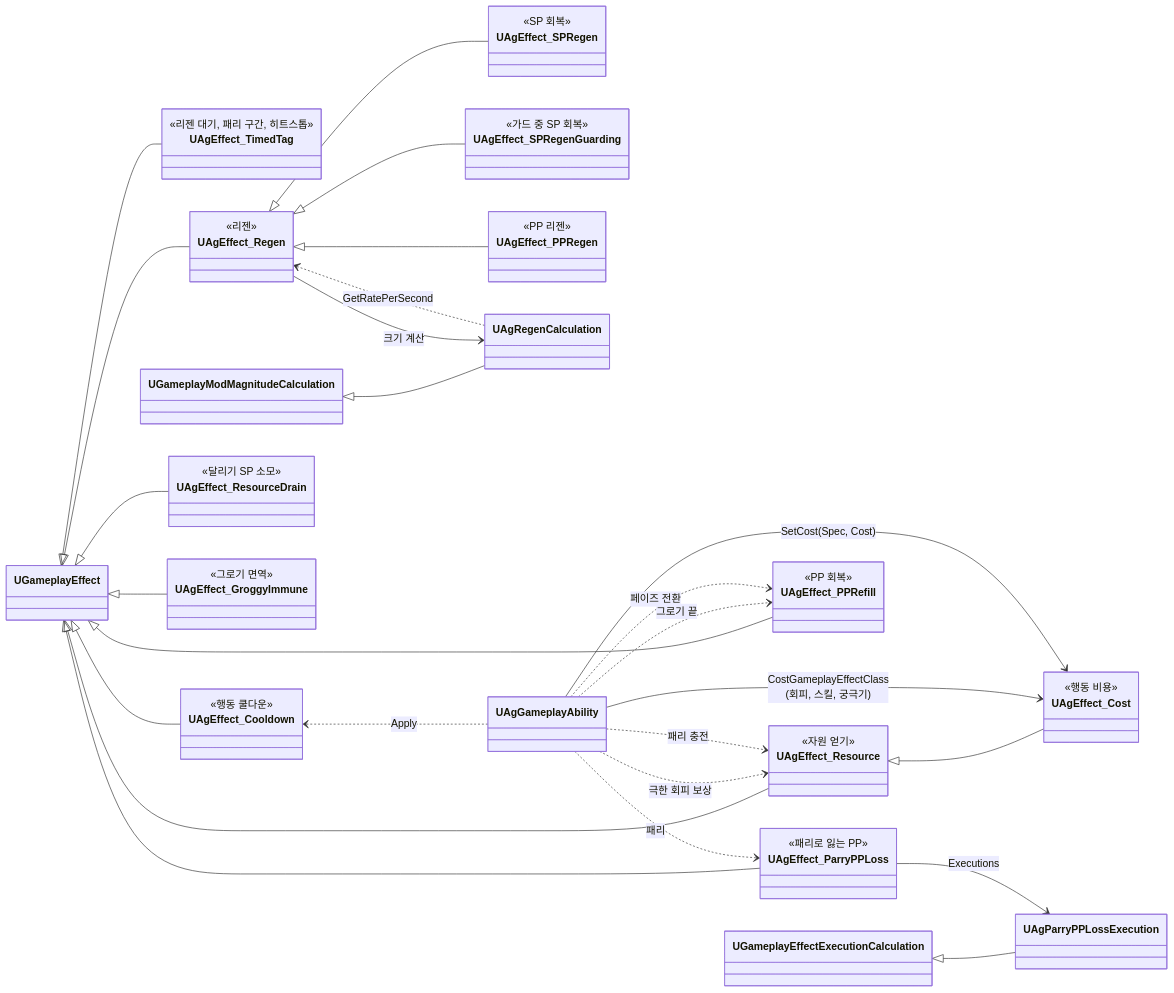
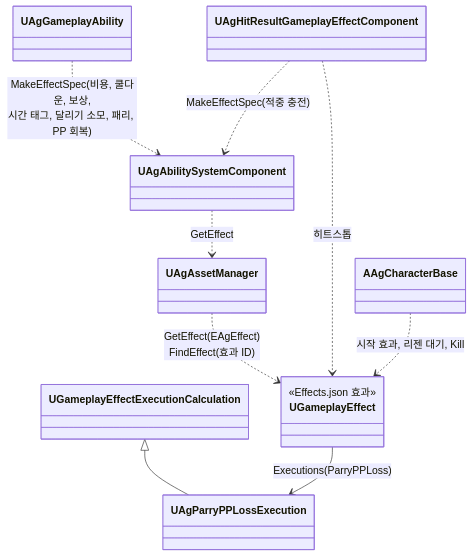
Before and after one commit to Woogl/Ag: the second of 2 diagrams in Docs/Program/캐릭터와 GAS.md, drawn with Mermaid. The commit also changed other lines of this file and 93 other files, not shown here.

````diff
--- a/Docs/Program/캐릭터와 GAS.md
+++ b/Docs/Program/캐릭터와 GAS.md
@@ -113,66 +104,15 @@
 ```mermaid
 classDiagram
-    direction LR
-    class UAgEffect_Resource {
-        <<자원 얻기>>
+    direction TB
+    class UGameplayEffect {
+        <<Effects.json 효과>>
     }
-    class UAgEffect_Cost {
-        <<행동 비용>>
-    }
-    class UAgEffect_PPRefill {
-        <<PP 회복>>
-    }
-    class UAgEffect_ParryPPLoss {
-        <<패리로 잃는 PP>>
-    }
-    class UAgEffect_TimedTag {
-        <<리젠 대기, 패리 구간, 히트스톱>>
-    }
-    class UAgEffect_Cooldown {
-        <<행동 쿨다운>>
-    }
-    class UAgEffect_Regen {
-        <<리젠>>
-    }
-    class UAgEffect_SPRegen {
-        <<SP 회복>>
-    }
-    class UAgEffect_SPRegenGuarding {
-        <<가드 중 SP 회복>>
-    }
-    class UAgEffect_PPRegen {
-        <<PP 리젠>>
-    }
-    class UAgEffect_ResourceDrain {
-        <<달리기 SP 소모>>
-    }
-    class UAgEffect_GroggyImmune {
-        <<그로기 면역>>
-    }
-    UGameplayEffect <|-- UAgEffect_Resource
-    UAgEffect_Resource <|-- UAgEffect_Cost
-    UGameplayEffect <|-- UAgEffect_PPRefill
-    UGameplayEffect <|-- UAgEffect_ParryPPLoss
+    UAgAssetManager ..> UGameplayEffect : GetEffect(EAgEffect)<br>FindEffect(효과 ID)
     UGameplayEffectExecutionCalculation <|-- UAgParryPPLossExecution
-    UAgEffect_ParryPPLoss --> UAgParryPPLossExecution : Executions
-    UGameplayEffect <|-- UAgEffect_TimedTag
-    UGameplayEffect <|-- UAgEffect_Cooldown
-    UGameplayEffect <|-- UAgEffect_Regen
-    UAgEffect_Regen <|-- UAgEffect_SPRegen
-    UAgEffect_Regen <|-- UAgEffect_SPRegenGuarding
-    UAgEffect_Regen <|-- UAgEffect_PPRegen
-    UGameplayEffect <|-- UAgEffect_ResourceDrain
-    UGameplayEffect <|-- UAgEffect_GroggyImmune
-    UGameplayModMagnitudeCalculation <|-- UAgRegenCalculation
-    UAgEffect_Regen --> UAgRegenCalculation : 크기 계산
-    UAgRegenCalculation ..> UAgEffect_Regen : GetRatePerSecond
-
-    UAgGameplayAbility --> UAgEffect_Cost : CostGameplayEffectClass<br>(회피, 스킬, 궁극기)
-    UAgGameplayAbility --> UAgEffect_Cost : SetCost(Spec, Cost)
-    UAgEffect_Cooldown <.. UAgGameplayAbility : Apply
-    UAgGameplayAbility ..> UAgEffect_Resource : 극한 회피 보상
-    UAgGameplayAbility ..> UAgEffect_Resource : 패리 충전
-    UAgGameplayAbility ..> UAgEffect_ParryPPLoss : 패리
-    UAgGameplayAbility ..> UAgEffect_PPRefill : 그로기 끝
-    UAgGameplayAbility ..> UAgEffect_PPRefill : 페이즈 전환
+    UGameplayEffect --> UAgParryPPLossExecution : Executions(ParryPPLoss)
+    UAgAbilitySystemComponent ..> UAgAssetManager : GetEffect
+    UAgGameplayAbility ..> UAgAbilitySystemComponent : MakeEffectSpec(비용, 쿨다운, 보상,<br>시간 태그, 달리기 소모, 패리, PP 회복)
+    UAgHitResultGameplayEffectComponent ..> UAgAbilitySystemComponent : MakeEffectSpec(적중 충전)
+    UAgHitResultGameplayEffectComponent ..> UGameplayEffect : 히트스톱
+    AAgCharacterBase ..> UGameplayEffect : 시작 효과, 리젠 대기, Kill
 ```
````
